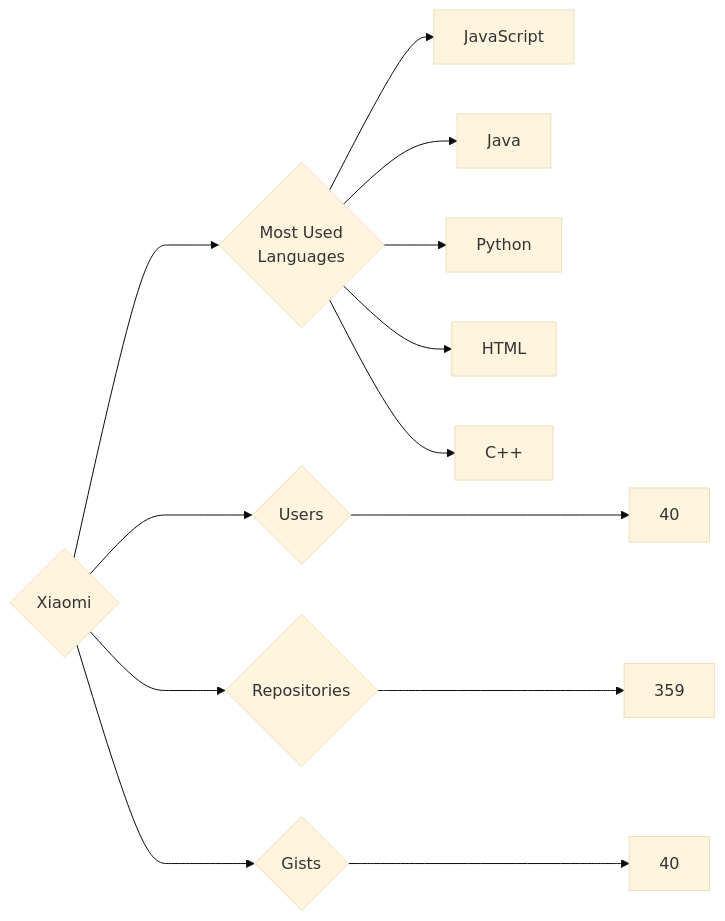
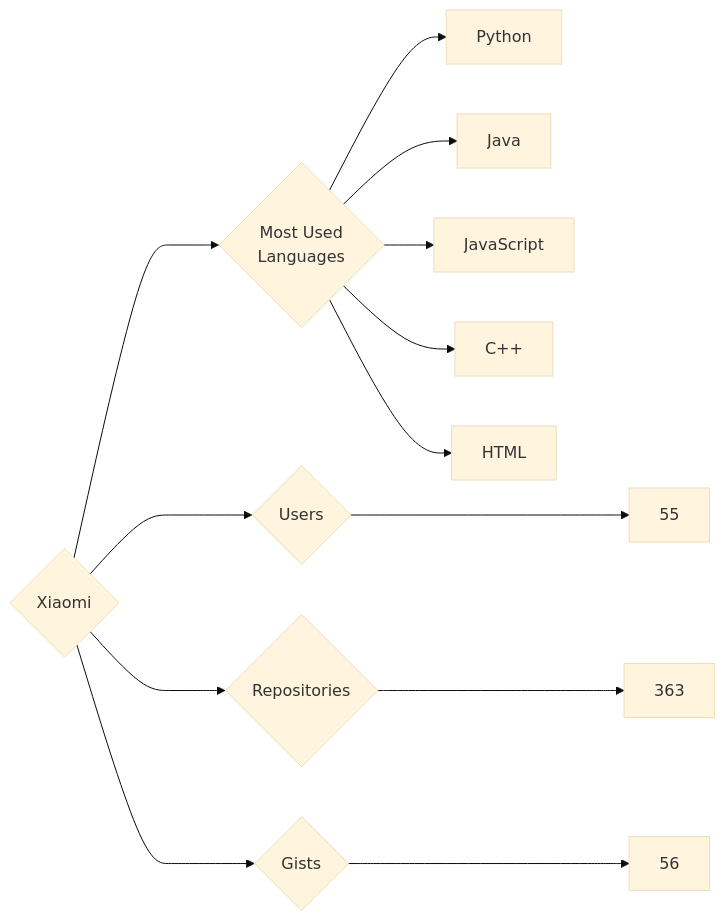
Before and after one commit to trickest/insiders: the diagram in targets/Xiaomi/README.md, drawn with Mermaid (base theme). The commit also changed 898 other files, not shown here.

````diff
--- a/targets/Xiaomi/README.md
+++ b/targets/Xiaomi/README.md
@@ -3,13 +3,13 @@
 ```mermaid
 graph LR
 COMPANY_NAME{Xiaomi}
-COMPANY_NAME ---> U{Users} ---> UN[40]
-COMPANY_NAME ---> R{Repositories} ---> RN[359]
-COMPANY_NAME ---> G{Gists} ---> GN[40]
+COMPANY_NAME ---> U{Users} ---> UN[55]
+COMPANY_NAME ---> R{Repositories} ---> RN[363]
+COMPANY_NAME ---> G{Gists} ---> GN[56]
 COMPANY_NAME ---> ML{Most Used<br>Languages}
+ML --> Python[Python]
+ML --> Java[Java]
 ML --> JavaScript[JavaScript]
-ML --> Java[Java]
-ML --> Python[Python]
+ML --> C++[C++]
 ML --> HTML[HTML]
-ML --> C++[C++]
 ```
````
